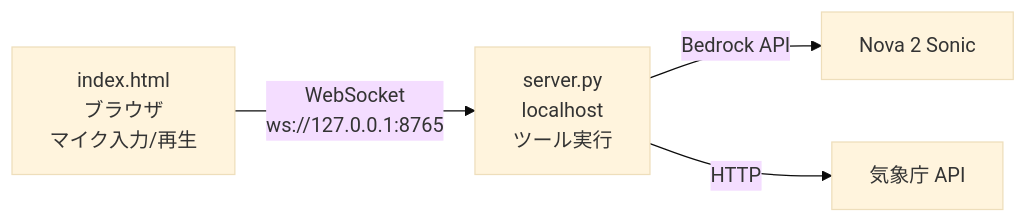
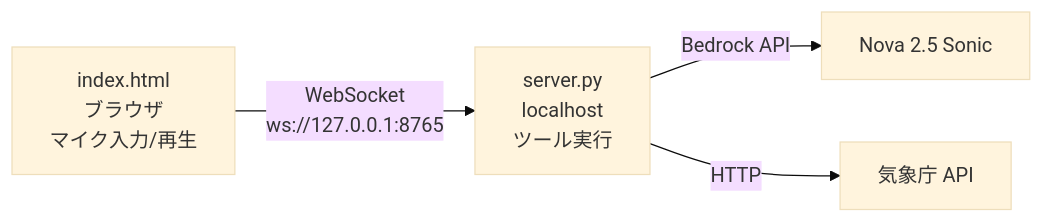
Before and after one commit to AWS-Deep-Cuts/amazon-nova-2-5-sonic: the diagram in README.md, drawn with Mermaid (base theme). The commit also changed other lines of this file and 8 other files, not shown here.

First line of the commit message:
feat: Amazon Nova 2.5 Sonic に差し替え

````diff
--- a/README.md
+++ b/README.md
@@ -352,6 +356,6 @@
 ```mermaid
 graph LR
     A[index.html<br/>ブラウザ<br/>マイク入力/再生] -->|WebSocket<br/>ws://127.0.0.1:8765| B[server.py<br/>localhost<br/>ツール実行]
-    B -->|Bedrock API| C[Nova 2 Sonic]
+    B -->|Bedrock API| C[Nova 2.5 Sonic]
     B -->|HTTP| D[気象庁 API]
 ```
````
